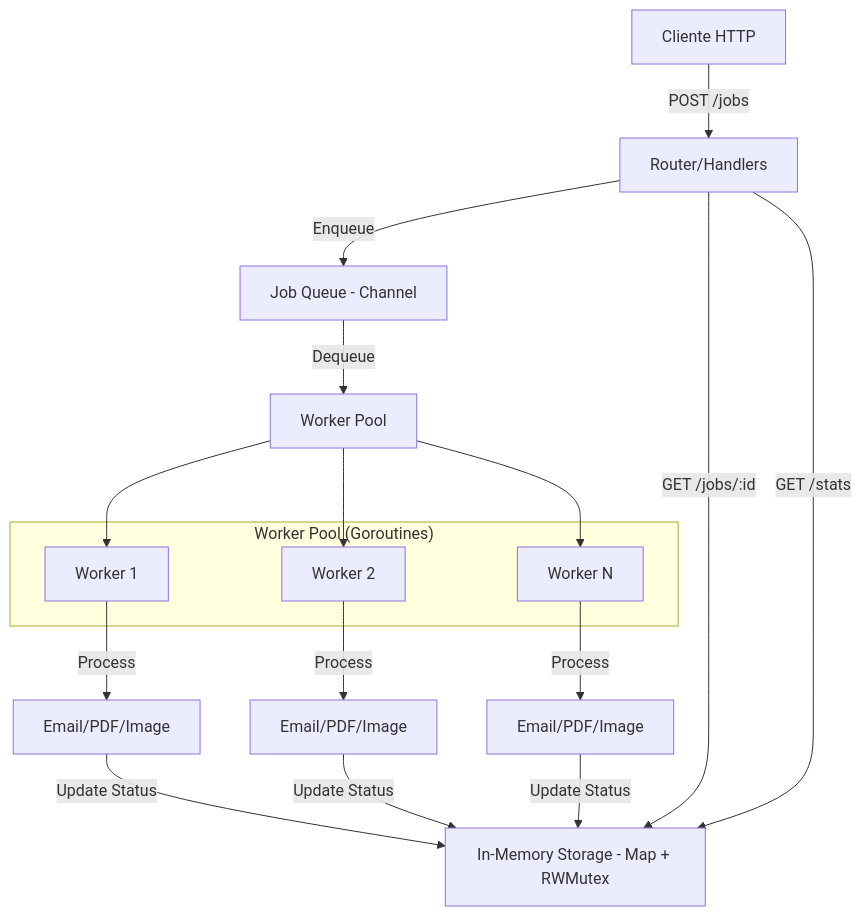
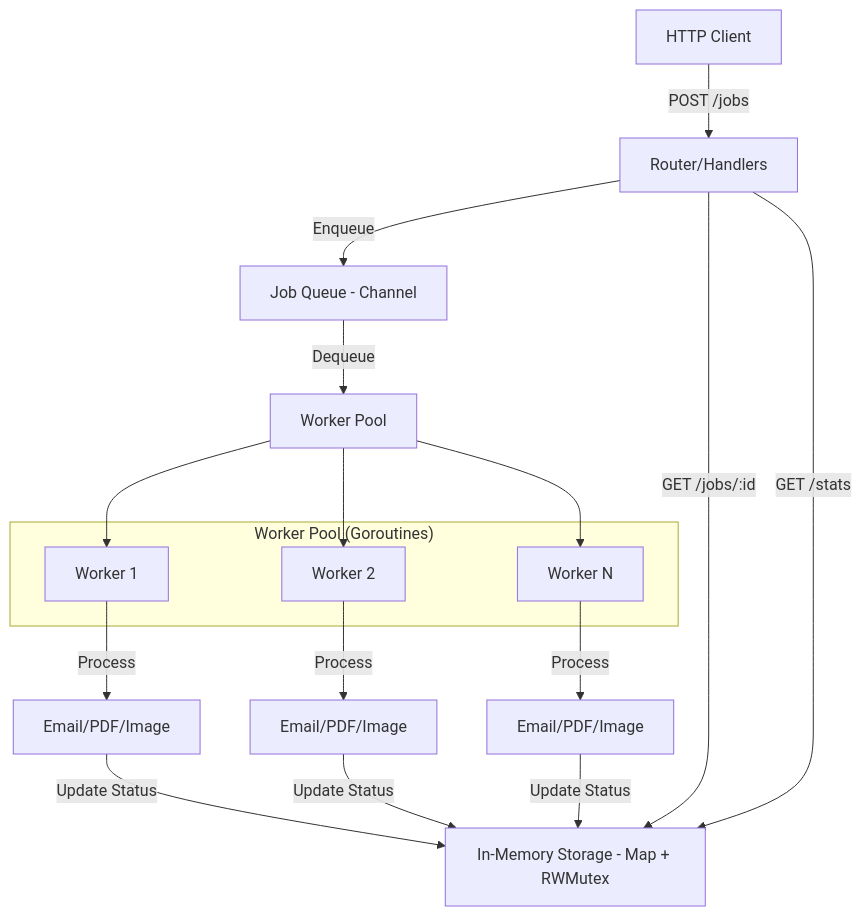
Before and after one commit to shakarpg/goqueue: the diagram in README.md, drawn with Mermaid. The commit also changed other lines of this file, not shown here.

````diff
--- a/README.md
+++ b/README.md
@@ -25,27 +25,27 @@
 ```mermaid
 graph TD
-    Client[Cliente HTTP] -- POST /jobs --> Router[Router/Handlers]
+    Client[HTTP Client] -- POST /jobs --> Router[Router/Handlers]
     Router -- Enqueue --> Queue[Job Queue - Channel]
     Queue -- Dequeue --> WP[Worker Pool]
     
     subgraph "Worker Pool (Goroutines)"
         W1[Worker 1]
         W2[Worker 2]
         W3[Worker N]
     end
     
     WP --> W1
     WP --> W2
     WP --> W3
     
     W1 -- Process --> Job1[Email/PDF/Image]
     W2 -- Process --> Job2[Email/PDF/Image]
     W3 -- Process --> Job3[Email/PDF/Image]
     
     Job1 -- Update Status --> Storage[In-Memory Storage - Map + RWMutex]
     Job2 -- Update Status --> Storage
     Job3 -- Update Status --> Storage
     
     Router -- GET /jobs/:id --> Storage
     Router -- GET /stats --> Storage
 ```
````
